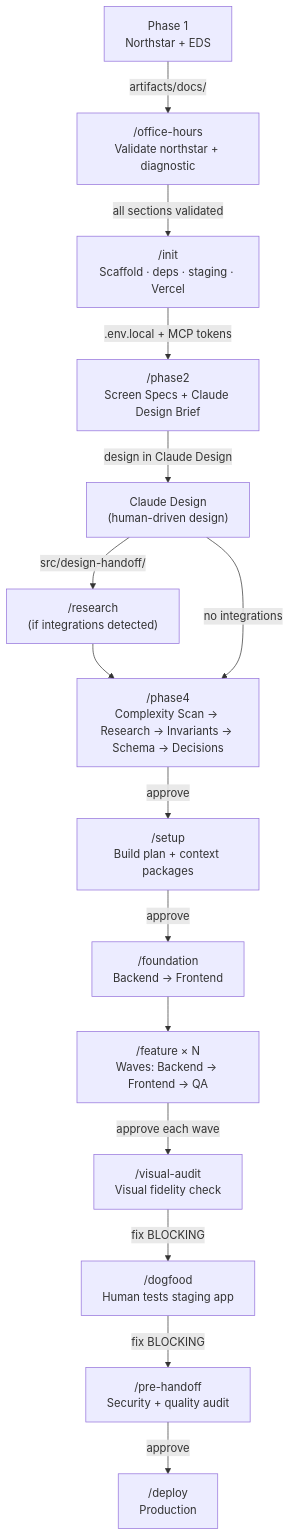
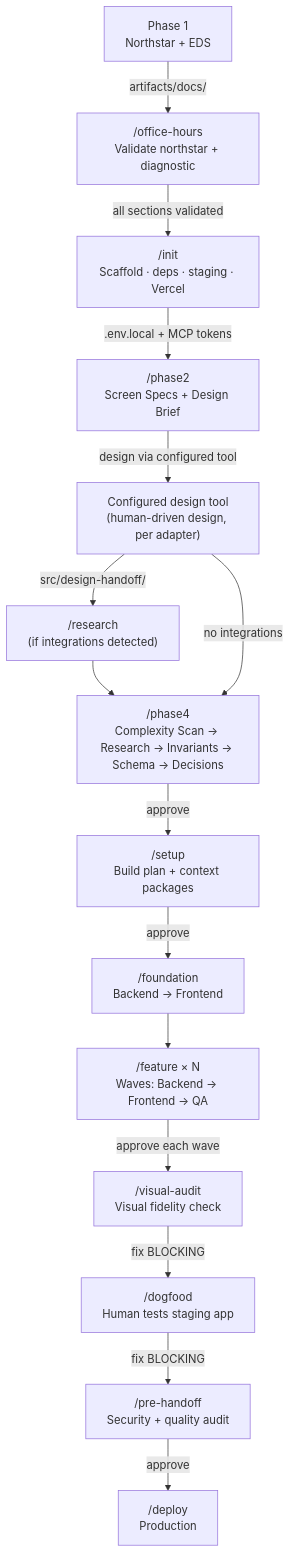
Before and after one commit to tad-agentics/RAD-PWA-Native: the diagram in RAD-GUIDE.md, drawn with Mermaid. The commit also changed other lines of this file and 6 other files, not shown here.

Commit message:
refactor(design-layer): narrative + artifacts tree go tool-agnostic (7 files)

````diff
--- a/RAD-GUIDE.md
+++ b/RAD-GUIDE.md
@@ -523,32 +515,32 @@
 ```mermaid
 flowchart TD
     A["Phase 1\nNorthstar + EDS"]
     OH["/office-hours\nValidate northstar + diagnostic"]
     B["/init\nScaffold · deps · staging · Vercel"]
-    C["/phase2\nScreen Specs + Claude Design Brief"]
-    C2["Claude Design\n(human-driven design)"]
+    C["/phase2\nScreen Specs + Design Brief"]
+    C2["Configured design tool\n(human-driven design, per adapter)"]
     D["/research\n(if integrations detected)"]
     E["/phase4\nComplexity Scan → Research → Invariants → Schema → Decisions"]
     F["/setup\nBuild plan + context packages"]
     G["/foundation\nBackend → Frontend"]
     H["/feature × N\nWaves: Backend → Frontend → QA"]
     I["/visual-audit\nVisual fidelity check"]
     DF["/dogfood\nHuman tests staging app"]
     J["/pre-handoff\nSecurity + quality audit"]
     K["/deploy\nProduction"]
 
     A -->|"artifacts/docs/"| OH
     OH -->|"all sections validated"| B
     B -->|".env.local + MCP tokens"| C
-    C -->|"design in Claude Design"| C2
+    C -->|"design via configured tool"| C2
     C2 -->|"src/design-handoff/"| D
     D --> E
     C2 -->|"no integrations"| E
     E -->|"approve"| F
     F -->|"approve"| G
     G --> H
     H -->|"approve each wave"| I
     I -->|"fix BLOCKING"| DF
     DF -->|"fix BLOCKING"| J
     J -->|"approve"| K
 ```
````
